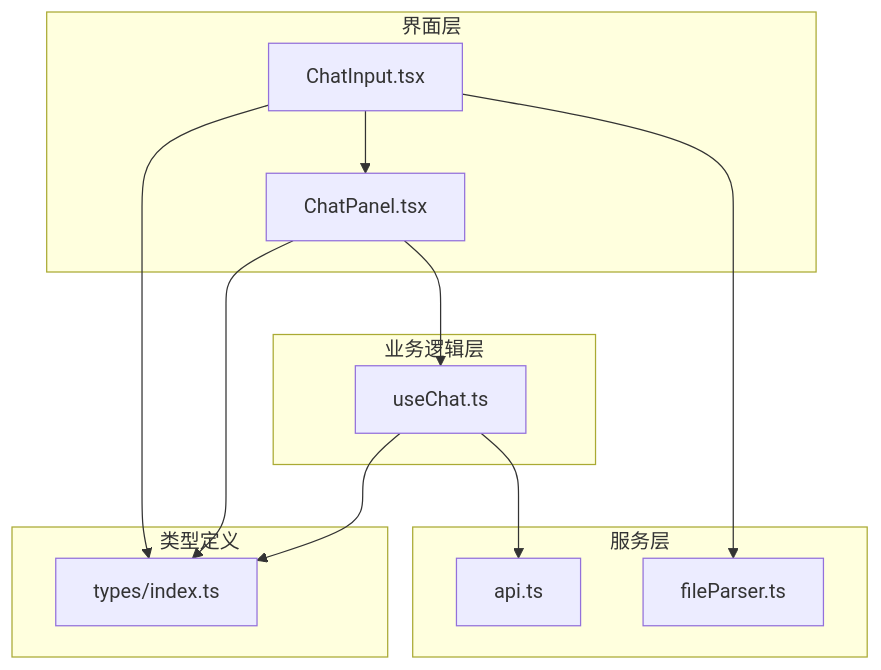
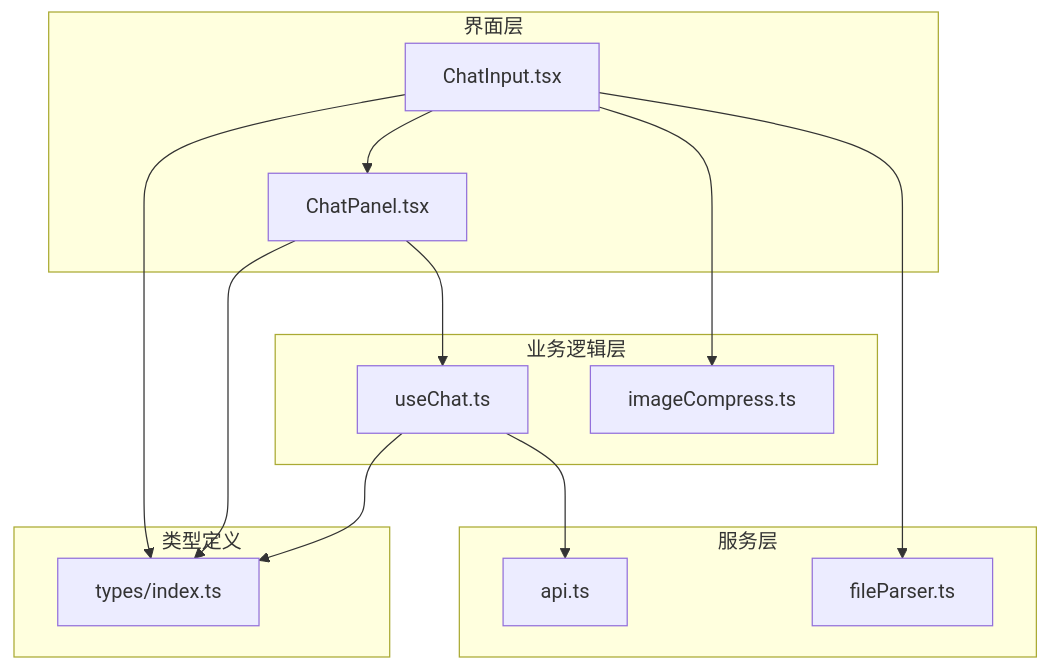
One commit to billye220670/AIShop changed the first of 5 diagrams in .qoder/repowiki/zh/content/聊天模块/聊天输入组件.md. Above: the diagram before and after it, drawn with Mermaid. The commit also changed other lines of this file and 30 other files, not shown here.

Commit message:
docs: 同步 repowiki 知识库重组（图片压缩工具与消息渲染模块文档）

````diff
--- a/.qoder/repowiki/zh/content/聊天模块/聊天输入组件.md
+++ b/.qoder/repowiki/zh/content/聊天模块/聊天输入组件.md
@@ -31,24 +42,26 @@
 ```mermaid
 graph TB
 subgraph "界面层"
 CI["ChatInput.tsx"]
 CP["ChatPanel.tsx"]
 end
 subgraph "业务逻辑层"
 UC["useChat.ts"]
+IC["imageCompress.ts"]
 end
 subgraph "服务层"
 API["api.ts"]
 FP["fileParser.ts"]
 end
 subgraph "类型定义"
 T["types/index.ts"]
 end
 CI --> CP
+CI --> IC
 CP --> UC
 UC --> API
 CI --> FP
 CI --> T
 CP --> T
 UC --> T
 ```
````
